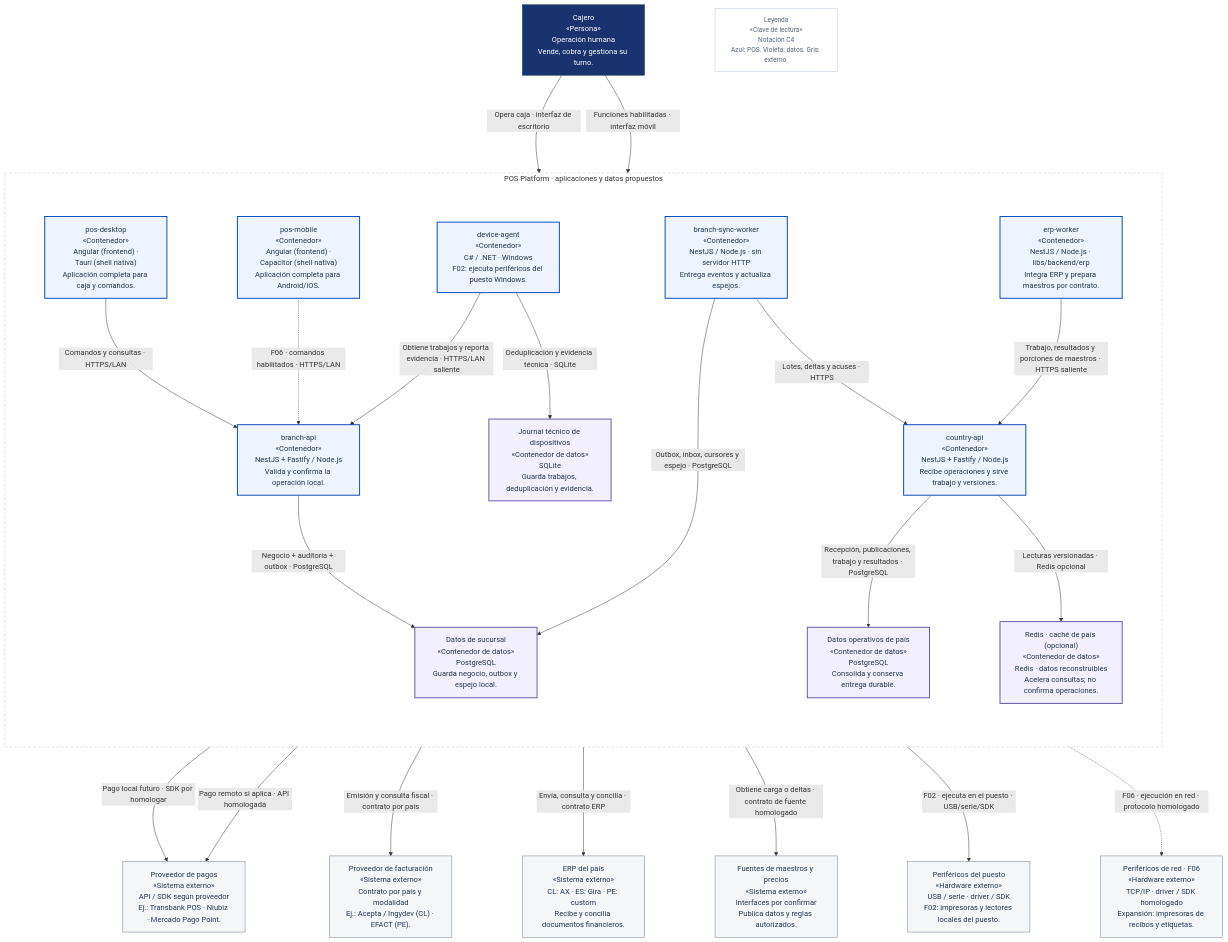
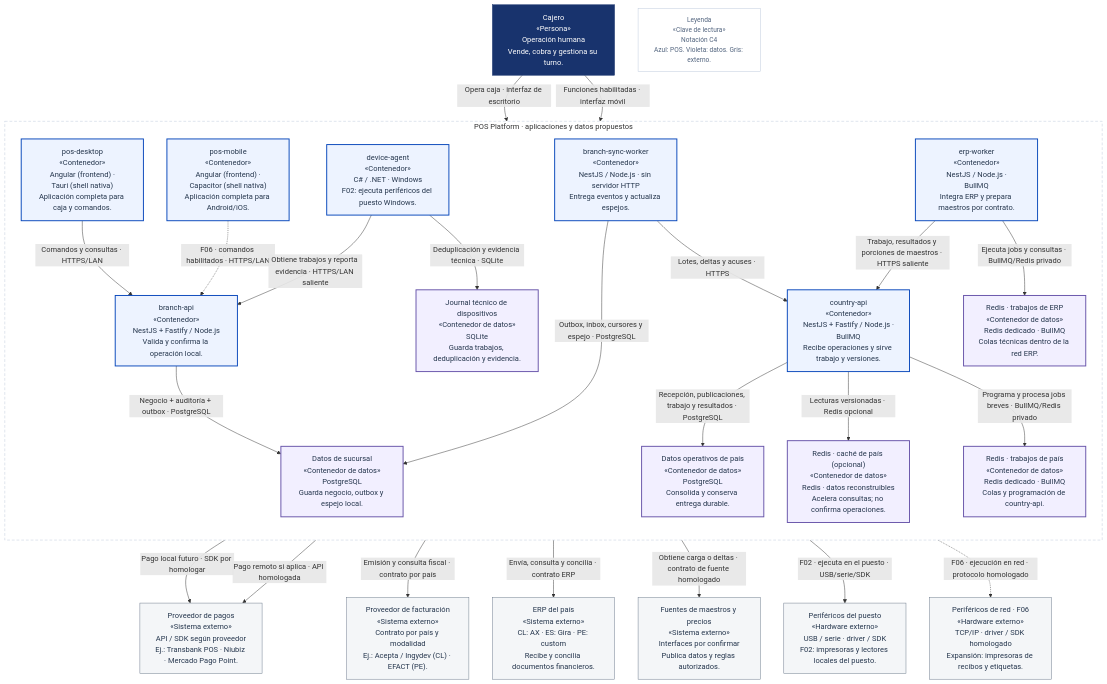
Before and after one commit to developer-implementos/pos-docs: the diagram in docs/diagramas-excalidraw/mermaid/c4-containers.mmd, drawn with Mermaid. The commit also changed 94 other files, not shown here.

Commit message:
docs: select BullMQ and dedicated Redis for job processing

```diff
--- a/docs/diagramas-excalidraw/mermaid/c4-containers.mmd
+++ b/docs/diagramas-excalidraw/mermaid/c4-containers.mmd
@@ -1,56 +1,54 @@
----
-config:
-    flowchart:
-        nodeSpacing: 150
-        rankSpacing: 160
----
 flowchart TB
     accTitle: C2 · Contenedores — Aplicaciones, procesos y datos
-    accDescr: Siete aplicaciones objetivo de POS Platform, sus datos y sistemas externos. Seis apps tienen base técnica o scaffold; device-agent se incorpora como propuesta, aún no implementada. Siete apps objetivo; seis tienen base técnica. device-agent y SQLite: propuesta pendiente. F02: puesto Windows dedicado; F05: piloto del mismo perfil. F06: red y estación compartida por homologar; no agrega otra app. PostgreSQL conserva el negocio.
+    accDescr: Siete aplicaciones objetivo de POS Platform, sus datos y sistemas externos. Seis apps tienen base técnica o scaffold; device-agent se incorpora como propuesta, aún no implementada. Siete apps objetivo; seis tienen base técnica. device-agent y SQLite: propuesta pendiente. F02: puesto Windows dedicado; F05: piloto del mismo perfil. F06: red y estación compartida por homologar; no agrega otra app. PostgreSQL conserva el negocio. BullMQ y dos Redis de trabajos son obligatorios en el diseño elegido, aún no implementados; caché país opcional separada. Entre redes sólo HTTPS.
     subgraph systemScope["POS Platform · aplicaciones y datos propuestos"]
         direction TB
         client["pos-desktop<br/>«Contenedor»<br/>Angular (frontend) ·<br/>Tauri (shell nativa)<br/>Aplicación completa para caja y comandos."]:::pos
         mobileClient["pos-mobile<br/>«Contenedor»<br/>Angular (frontend) ·<br/>Capacitor (shell nativa)<br/>Aplicación completa para Android/iOS."]:::pos
         device["device-agent<br/>«Contenedor»<br/>C# / .NET · Windows<br/>F02: ejecuta periféricos del puesto Windows."]:::pos
         deviceJournal["Journal técnico de dispositivos<br/>«Contenedor de datos»<br/>SQLite<br/>Guarda trabajos, deduplicación y evidencia."]:::store
         branchApi["branch-api<br/>«Contenedor»<br/>NestJS + Fastify / Node.js<br/>Valida y confirma la operación local."]:::pos
         branchDb["Datos de sucursal<br/>«Contenedor de datos»<br/>PostgreSQL<br/>Guarda negocio, outbox y espejo local."]:::store
         syncWorker["branch-sync-worker<br/>«Contenedor»<br/>NestJS / Node.js · sin servidor HTTP<br/>Entrega eventos y actualiza espejos."]:::pos
-        countryApi["country-api<br/>«Contenedor»<br/>NestJS + Fastify / Node.js<br/>Recibe operaciones y sirve trabajo y versiones."]:::pos
+        countryApi["country-api<br/>«Contenedor»<br/>NestJS + Fastify / Node.js ·<br/>BullMQ<br/>Recibe operaciones y sirve trabajo y versiones."]:::pos
         countryDb["Datos operativos de país<br/>«Contenedor de datos»<br/>PostgreSQL<br/>Consolida y conserva entrega durable."]:::store
         countryCache["Redis · caché de país (opcional)<br/>«Contenedor de datos»<br/>Redis · datos reconstruibles<br/>Acelera consultas; no confirma operaciones."]:::store
-        erpAdapter["erp-worker<br/>«Contenedor»<br/>NestJS / Node.js · libs/backend/erp<br/>Integra ERP y prepara maestros por contrato."]:::pos
+        erpAdapter["erp-worker<br/>«Contenedor»<br/>NestJS / Node.js ·<br/>BullMQ<br/>Integra ERP y prepara maestros por contrato."]:::pos
+        countryJobStore["Redis · trabajos de país<br/>«Contenedor de datos»<br/>Redis dedicado · BullMQ<br/>Colas y programación de country-api."]:::store
+        erpJobStore["Redis · trabajos de ERP<br/>«Contenedor de datos»<br/>Redis dedicado · BullMQ<br/>Colas técnicas dentro de la red ERP."]:::store
     end
         cashier["Cajero<br/>«Persona»<br/>Operación humana<br/>Vende, cobra y gestiona su turno."]:::person
         erp["ERP del país<br/>«Sistema externo»<br/>CL: AX · ES: Gira · PE: custom<br/>Recibe y concilia documentos financieros."]:::external
         masters["Fuentes de maestros y precios<br/>«Sistema externo»<br/>Interfaces por confirmar<br/>Publica datos y reglas autorizados."]:::external
         payments["Proveedor de pagos<br/>«Sistema externo»<br/>API / SDK según proveedor<br/>Ej.: Transbank POS · Niubiz · Mercado Pago Point."]:::external
         fiscal["Proveedor de facturación<br/>«Sistema externo»<br/>Contrato por país y modalidad<br/>Ej.: Acepta / Ingydev (CL) · EFACT (PE)."]:::external
         peripherals["Periféricos del puesto<br/>«Hardware externo»<br/>USB / serie · driver / SDK<br/>F02: impresoras y lectores locales del puesto."]:::external
-    networkPeripherals["Periféricos de red · F06<br/>«Hardware externo»<br/>TCP/IP · driver / SDK homologado<br/>Expansión: impresoras de recibos y etiquetas."]:::external
+        networkPeripherals["Periféricos de red · F06<br/>«Hardware externo»<br/>TCP/IP · driver / SDK homologado<br/>Expansión: impresoras de recibos y etiquetas."]:::external
         legend["Leyenda<br/>«Clave de lectura»<br/>Notación C4<br/>Azul: POS. Violeta: datos. Gris: externo."]:::key
     cashier -->|"Opera caja · interfaz de escritorio"| client
     cashier -->|"Funciones habilitadas · interfaz móvil"| mobileClient
     client -->|"Comandos y consultas · HTTPS/LAN"| branchApi
     mobileClient -.->|"F06 · comandos habilitados · HTTPS/LAN"| branchApi
     device -->|"Obtiene trabajos y reporta evidencia · HTTPS/LAN saliente"| branchApi
     device -->|"Pago local futuro · SDK por homologar"| payments
     branchApi -->|"Negocio + auditoría + outbox · PostgreSQL"| branchDb
     branchApi -->|"Pago remoto si aplica · API homologada"| payments
     branchApi -->|"Emisión y consulta fiscal · contrato por país"| fiscal
     syncWorker -->|"Outbox, inbox, cursores y espejo · PostgreSQL"| branchDb
     syncWorker -->|"Lotes, deltas y acuses · HTTPS"| countryApi
     countryApi -->|"Recepción, publicaciones, trabajo y resultados · PostgreSQL"| countryDb
     countryApi -->|"Lecturas versionadas · Redis opcional"| countryCache
     erpAdapter -->|"Trabajo, resultados y porciones de maestros · HTTPS saliente"| countryApi
     erpAdapter -->|"Envía, consulta y concilia · contrato ERP"| erp
     erpAdapter -->|"Obtiene carga o deltas · contrato de fuente homologado"| masters
     device -->|"Deduplicación y evidencia técnica · SQLite"| deviceJournal
     device -->|"F02 · ejecuta en el puesto · USB/serie/SDK"| peripherals
     device -.->|"F06 · ejecución en red · protocolo homologado"| networkPeripherals
+    countryApi -->|"Programa y procesa jobs breves · BullMQ/Redis privado"| countryJobStore
+    erpAdapter -->|"Ejecuta jobs y consultas · BullMQ/Redis privado"| erpJobStore
     classDef pos fill:#EDF3FF,stroke:#0545BA,color:#25364D,stroke-width:2px
     classDef store fill:#F2EFFF,stroke:#6551A8,color:#25364D,stroke-width:2px
     classDef external fill:#F4F6F8,stroke:#6B788A,color:#25364D
     classDef person fill:#18336D,stroke:#18336D,color:#FFFFFF
     classDef key fill:#FFFFFF,stroke:#BCC9DB,color:#53657F,font-size:14px
     style systemScope fill:#FFFFFF,stroke:#BCC9DB,stroke-dasharray:6 4
```
